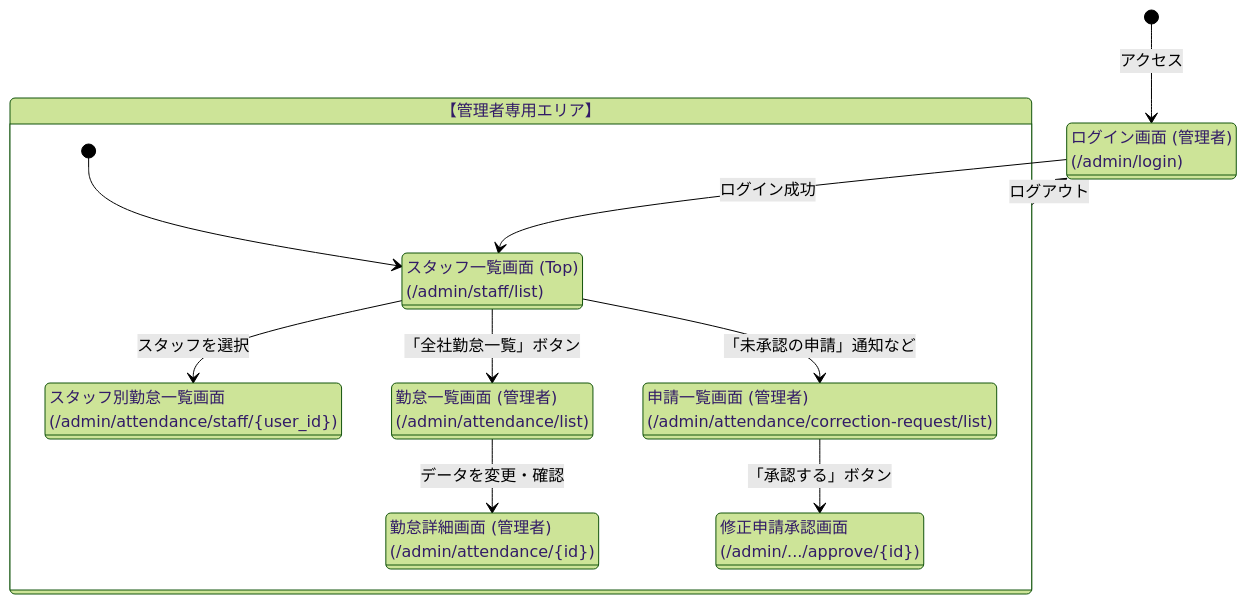
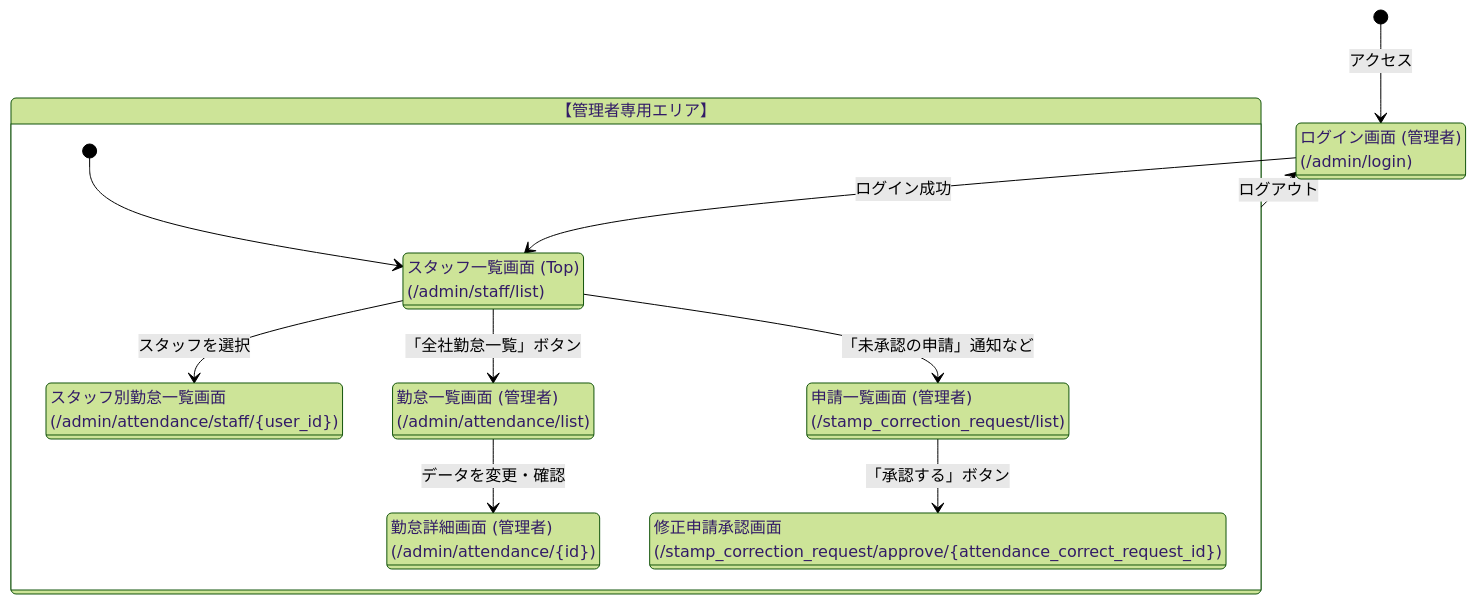
One commit to Ryusei05274/attendance-app changed the diagram in docs/Admin Flow (Mermaid Code).md. Above: the diagram before and after it, drawn with Mermaid (forest theme). The commit also changed 22 other files, not shown here.

Commit message:
docs: READMEにER図を追加

````diff
--- a/docs/Admin Flow (Mermaid Code).md
+++ b/docs/Admin Flow (Mermaid Code).md
@@ -1,28 +1,28 @@
 ```mermaid
 stateDiagram-v2
     classDef unauth fill:#fff,stroke:#333,stroke-width:2px;
     classDef admin fill:#c8e6c9,stroke:#388e3c,stroke-width:2px;
 
     [*] --> 管理者_ログイン画面 : アクセス
 
     state "ログイン画面 (管理者)\n(/admin/login)" as 管理者_ログイン画面:::unauth
 
     state "【管理者専用エリア】" as 管理者エリア {
         state "スタッフ一覧画面 (Top)\n(/admin/staff/list)" as スタッフ一覧:::admin
         state "スタッフ別勤怠一覧画面\n(/admin/attendance/staff/{user_id})" as スタッフ別勤怠:::admin
         state "勤怠一覧画面 (管理者)\n(/admin/attendance/list)" as 勤怠一覧_G:::admin
         state "勤怠詳細画面 (管理者)\n(/admin/attendance/{id})" as 勤怠詳細_G:::admin
-        state "申請一覧画面 (管理者)\n(/admin/attendance/correction-request/list)" as 申請一覧_G:::admin
-        state "修正申請承認画面\n(/admin/.../approve/{id})" as 承認画面:::admin
+        state "申請一覧画面 (管理者)\n(/stamp_correction_request/list)" as 申請一覧_G:::admin
+        state "修正申請承認画面\n(/stamp_correction_request/approve/{attendance_correct_request_id})" as 承認画面:::admin
 
         [*] --> スタッフ一覧
         スタッフ一覧 --> スタッフ別勤怠 : スタッフを選択
         スタッフ一覧 --> 勤怠一覧_G : 「全社勤怠一覧」ボタン
         勤怠一覧_G --> 勤怠詳細_G : データを変更・確認
         スタッフ一覧 --> 申請一覧_G : 「未承認の申請」通知など
         申請一覧_G --> 承認画面 : 「承認する」ボタン
     }
 
     管理者_ログイン画面 --> スタッフ一覧 : ログイン成功
     管理者エリア --> 管理者_ログイン画面 : ログアウト
 ```
````
